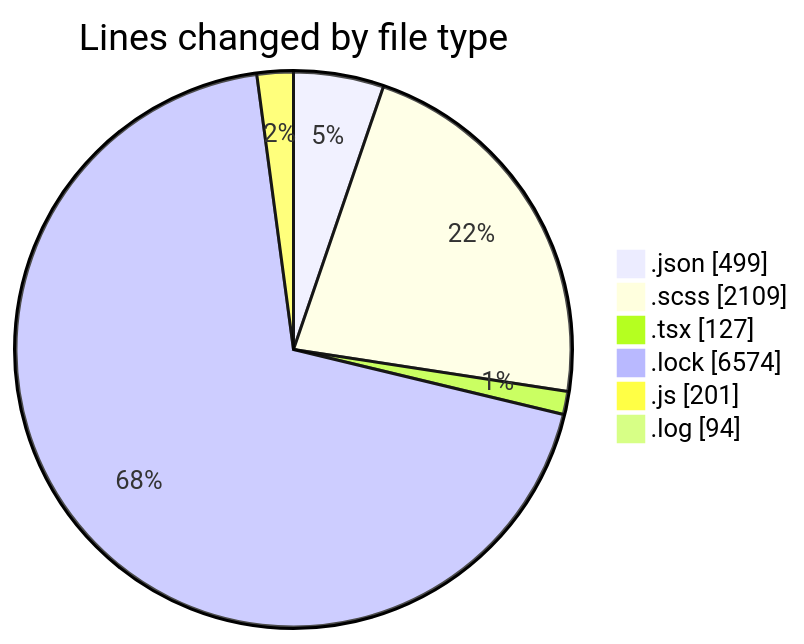
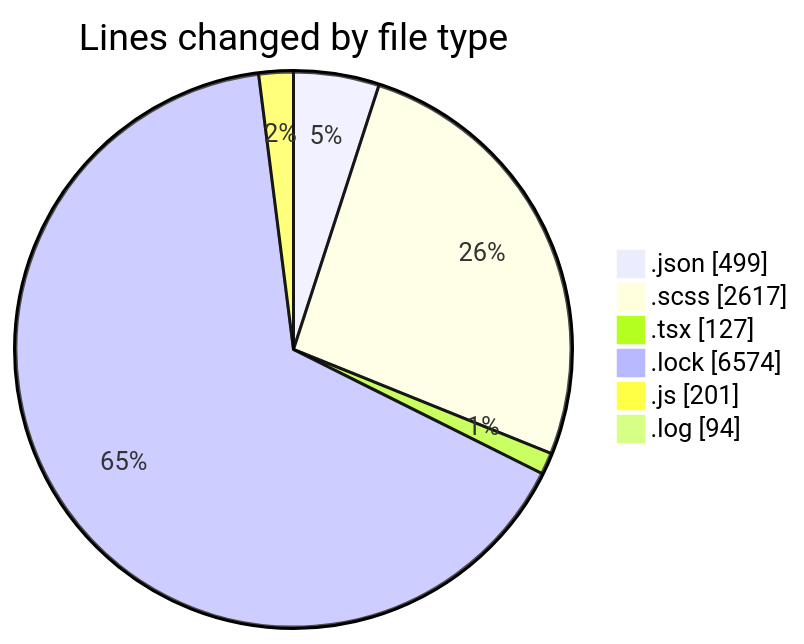
Before and after one commit to momahboobian/code-tracking: the first of 2 diagrams in 2026-08-11/cda/README.md, drawn with Mermaid. The commit also changed other lines of this file and 1 other file, not shown here.

````diff
--- a/2026-08-11/cda/README.md
+++ b/2026-08-11/cda/README.md
@@ -35,10 +37,10 @@
 ```mermaid
 pie showData
 title Lines changed by file type
 ".json" : 499
-".scss" : 2109
+".scss" : 2617
 ".tsx" : 127
 ".lock" : 6574
 ".js" : 201
 ".log" : 94
 ```
````
